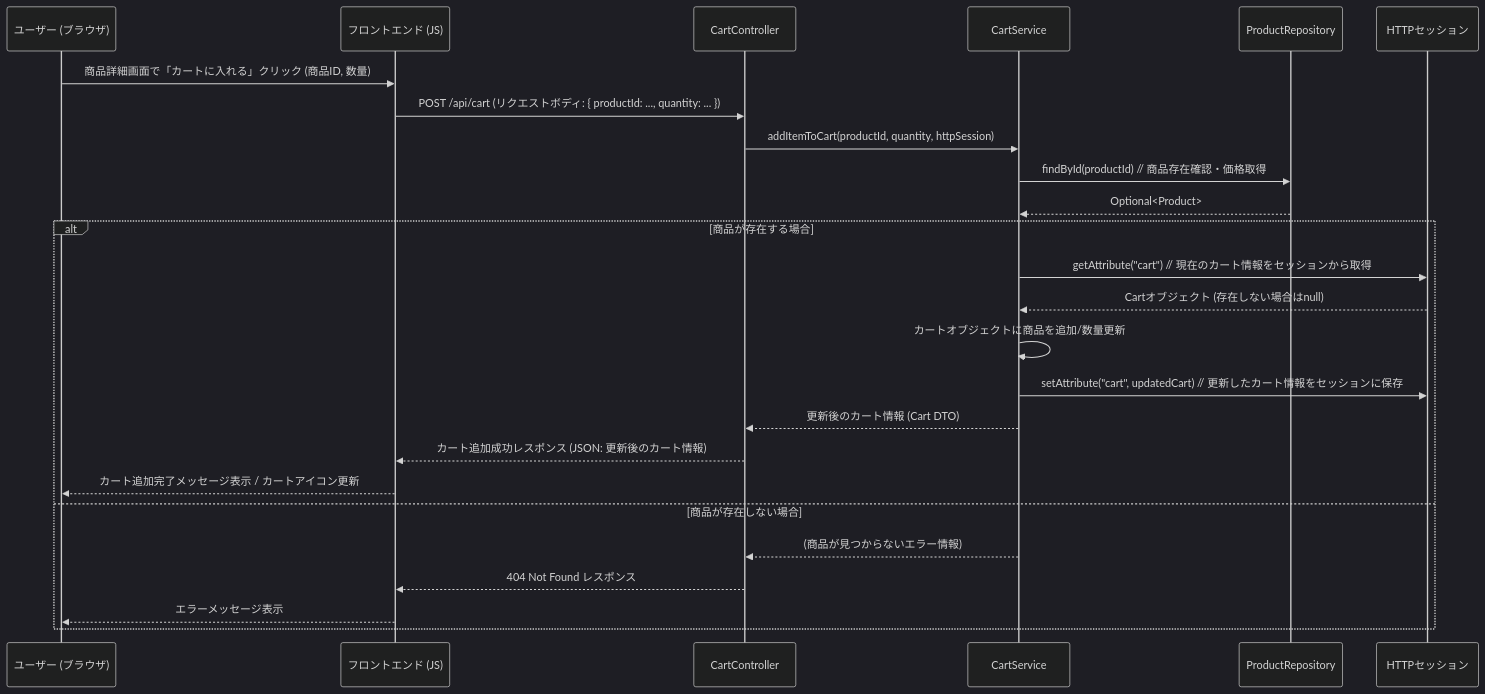
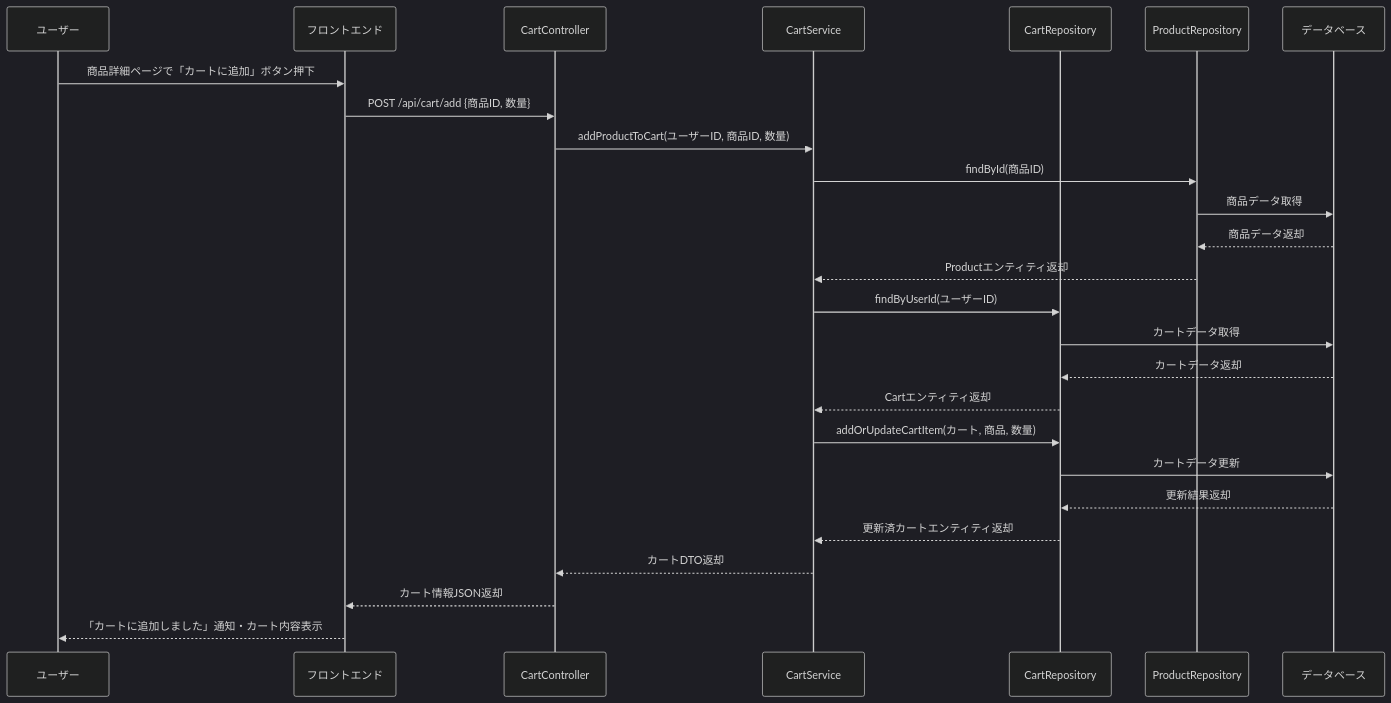
Before and after one commit to Aoi-Yaegashi/teamF: the third of 28 diagrams in 詳細設計/担当B_村田/3.2 機能詳細.md, drawn with Mermaid (dark theme). The commit also changed other lines of this file and 1 other file, not shown here.

```diff
--- a/詳細設計/担当B_村田/3.2 機能詳細.md
+++ b/詳細設計/担当B_村田/3.2 機能詳細.md
@@ -71,28 +67,29 @@
-<div class="mermaid">
-sequenceDiagram
-    participant User as ユーザー (ブラウザ)
-    participant FE as フロントエンド (JS)
-    participant CartController
-    participant CartService
-    participant ProductRepository
-    participant HttpSession as HTTPセッション
+   <div class="mermaid">
+   sequenceDiagram
+    participant User as ユーザー
+    participant Browser as フロントエンド
+    participant CartController as CartController
+    participant CartService as CartService
+    participant CartRepo as CartRepository
+    participant ProductRepo as ProductRepository
+    participant DB as データベース
 
-    User->>FE: 商品詳細画面で「カートに入れる」クリック (商品ID, 数量)
-    FE->>CartController: POST /api/cart (リクエストボディ: { productId: ..., quantity: ... })
-    CartController->>CartService: addItemToCart(productId, quantity, httpSession)
-    CartService->>ProductRepository: findById(productId)  // 商品存在確認・価格取得
-    ProductRepository-->>CartService: Optional<Product>
-    alt 商品が存在する場合
-        CartService->>HttpSession: getAttribute("cart") // 現在のカート情報をセッションから取得
-        HttpSession-->>CartService: Cartオブジェクト (存在しない場合はnull)
-        CartService->>CartService: カートオブジェクトに商品を追加/数量更新
-        CartService->>HttpSession: setAttribute("cart", updatedCart) // 更新したカート情報をセッションに保存
-        CartService-->>CartController: 更新後のカート情報 (Cart DTO)
-        CartController-->>FE: カート追加成功レスポンス (JSON: 更新後のカート情報)
-        FE-->>User: カート追加完了メッセージ表示 / カートアイコン更新
-    else 商品が存在しない場合
-        CartService-->>CartController: (商品が見つからないエラー情報)
-        CartController-->>FE: 404 Not Found レスポンス
-        FE-->>User: エラーメッセージ表示
-    end
+    User->>Browser: 商品詳細ページで「カートに追加」ボタン押下
+    Browser->>CartController: POST /api/cart/add {商品ID, 数量}
+    CartController->>CartService: addProductToCart(ユーザーID, 商品ID, 数量)
+    CartService->>ProductRepo: findById(商品ID)
+    ProductRepo->>DB: 商品データ取得
+    DB-->>ProductRepo: 商品データ返却
+    ProductRepo-->>CartService: Productエンティティ返却
+    CartService->>CartRepo: findByUserId(ユーザーID)
+    CartRepo->>DB: カートデータ取得
+    DB-->>CartRepo: カートデータ返却
+    CartRepo-->>CartService: Cartエンティティ返却
+    CartService->>CartRepo: addOrUpdateCartItem(カート, 商品, 数量)
+    CartRepo->>DB: カートデータ更新
+    DB-->>CartRepo: 更新結果返却
+    CartRepo-->>CartService: 更新済カートエンティティ返却
+    CartService-->>CartController: カートDTO返却
+    CartController-->>Browser: カート情報JSON返却
+    Browser-->>User: 「カートに追加しました」通知・カート内容表示
 </div>
```
